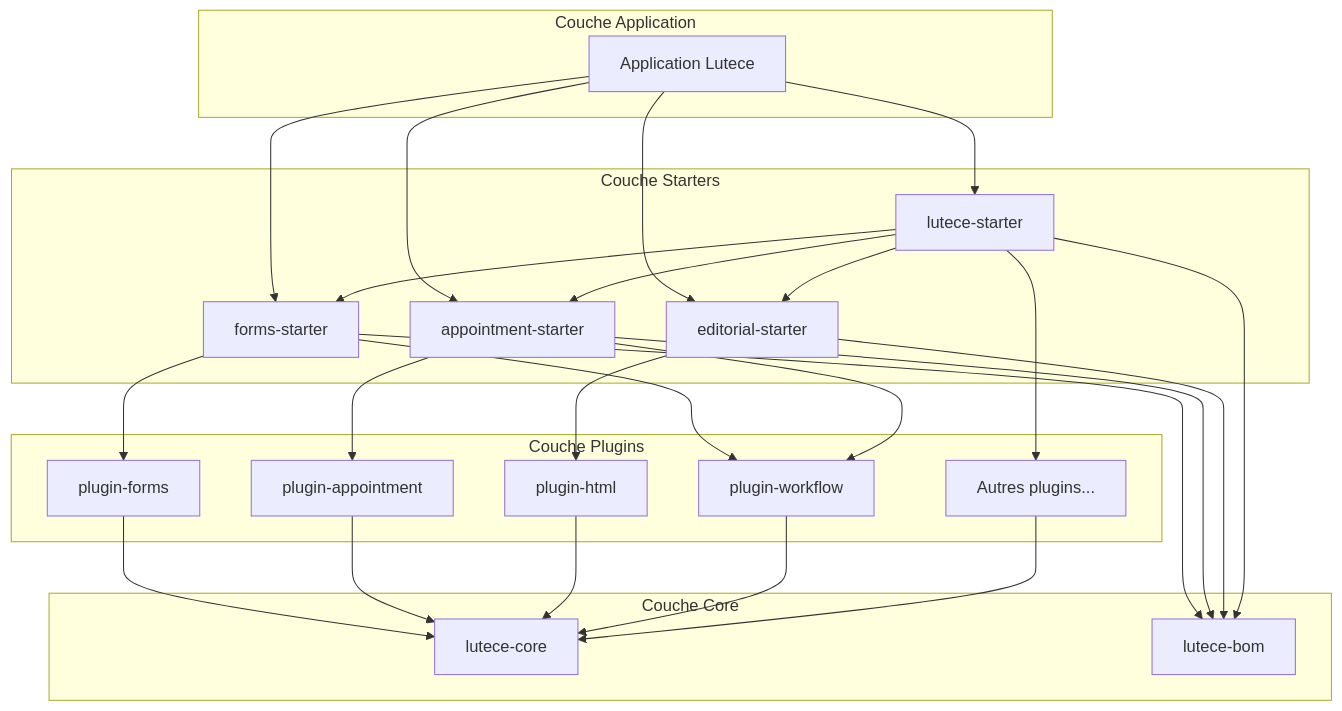
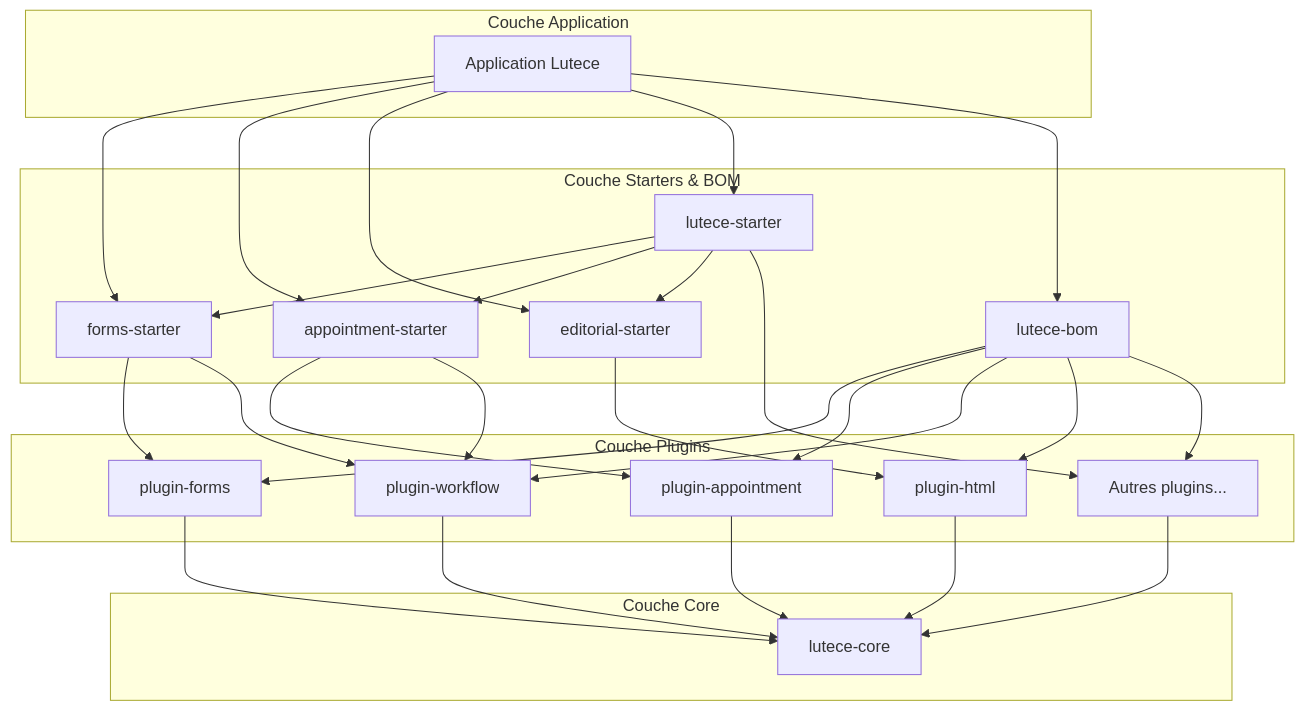
One commit to lutece-platform/lutece-platform changed the ninth of 12 diagrams in README.md. Above: the diagram before and after it, drawn with Mermaid.

Commit message:
update README doc

````diff
--- a/README.md
+++ b/README.md
@@ -164,52 +164,56 @@
 ```mermaid
 graph TB
-    subgraph "Couche Application"
-        A1[Application Lutece]
+    subgraph APP["Couche Application"]
+        A1["Application Lutece"]
     end
     
-    subgraph "Couche Starters"
+    subgraph STARTERS["Couche Starters & BOM"]
         B1[forms-starter]
         B2[appointment-starter]
         B3[editorial-starter]
         B4[lutece-starter]
+        B5[lutece-bom]
     end
     
-    subgraph "Couche Plugins"
+    subgraph PLUGINS ["Couche Plugins"]
         C1[plugin-forms]
         C2[plugin-appointment]
         C3[plugin-html]
         C4[plugin-workflow]
         C5[Autres plugins...]
     end
     
-    subgraph "Couche Core"
+    subgraph CORE ["Couche Core"]
         D1[lutece-core]
-        D2[lutece-bom]
+
     end
     
     A1 --> B1
     A1 --> B2
     A1 --> B3
     A1 --> B4
+    A1 --> B5
     
     B1 --> C1
     B1 --> C4
     B2 --> C2
     B2 --> C4
     B3 --> C3
     B4 --> B1
     B4 --> B2
     B4 --> B3
     B4 --> C5
     
     C1 --> D1
     C2 --> D1
     C3 --> D1
     C4 --> D1
     C5 --> D1
     
-    B1 --> D2
-    B2 --> D2
-    B3 --> D2
-    B4 --> D2
+    B5 --> C1 
+    B5 --> C2
+    B5 --> C4
+    B5 --> C3
+    B5 --> C5  
+
 ```
````
